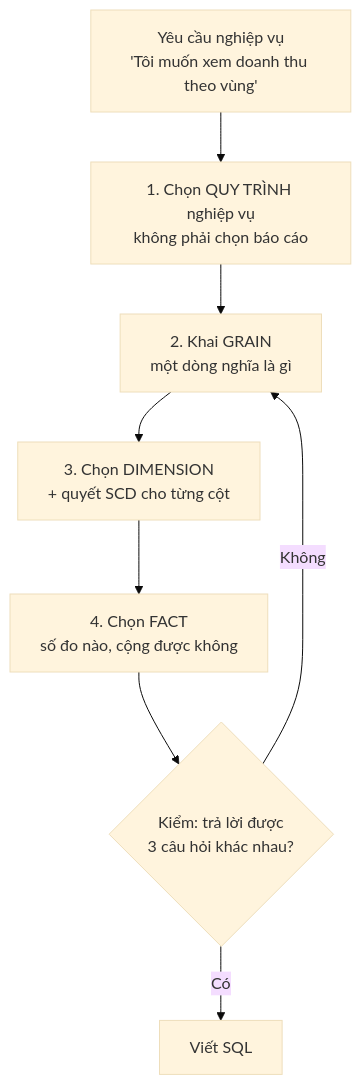
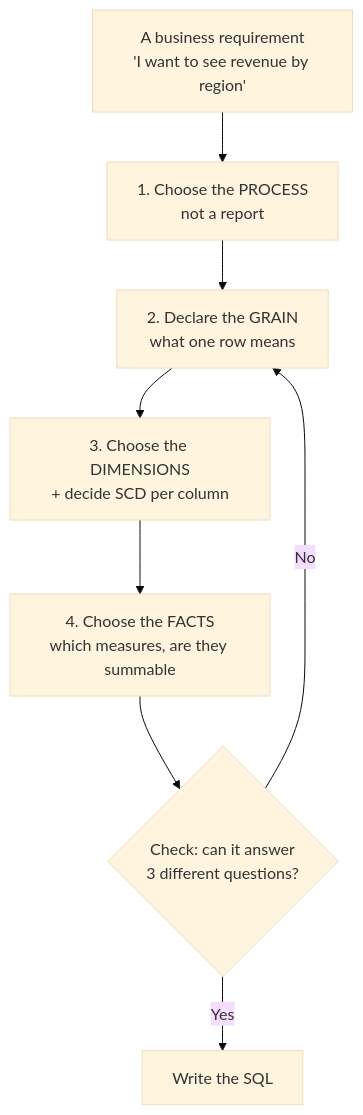
One commit to vuhoang001/knowledge changed the diagram in i18n/en/docusaurus-plugin-content-docs/current/data-modeling/reference/design-process.md. Above: the diagram before and after it, drawn with Mermaid (base theme). The commit also changed other lines of this file and 8 other files, not shown here.

````diff
--- a/i18n/en/docusaurus-plugin-content-docs/current/data-modeling/reference/design-process.md
+++ b/i18n/en/docusaurus-plugin-content-docs/current/data-modeling/reference/design-process.md
@@ -31,12 +30,12 @@
 ```mermaid
 graph TD
-  R[Yêu cầu nghiệp vụ<br/>'Tôi muốn xem doanh thu theo vùng'] --> B1
+  R[A business requirement<br/>'I want to see revenue by region'] --> B1
 
-  B1[1. Chọn QUY TRÌNH nghiệp vụ<br/>không phải chọn báo cáo] --> B2
-  B2[2. Khai GRAIN<br/>một dòng nghĩa là gì] --> B3
-  B3[3. Chọn DIMENSION<br/>+ quyết SCD cho từng cột] --> B4
-  B4[4. Chọn FACT<br/>số đo nào, cộng được không] --> V
+  B1[1. Choose the PROCESS<br/>not a report] --> B2
+  B2[2. Declare the GRAIN<br/>what one row means] --> B3
+  B3[3. Choose the DIMENSIONS<br/>+ decide SCD per column] --> B4
+  B4[4. Choose the FACTS<br/>which measures, are they summable] --> V
 
-  V{Kiểm: trả lời được<br/>3 câu hỏi khác nhau?} -->|Không| B2
-  V -->|Có| OUT[Viết SQL]
+  V{Check: can it answer<br/>3 different questions?} -->|No| B2
+  V -->|Yes| OUT[Write the SQL]
 ```
````
